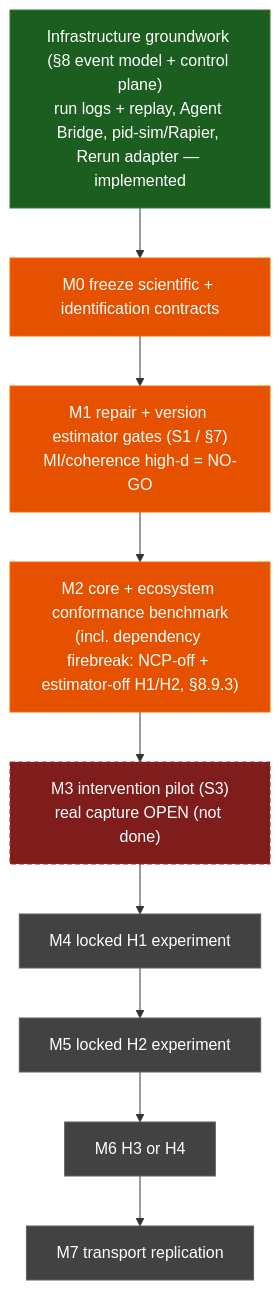
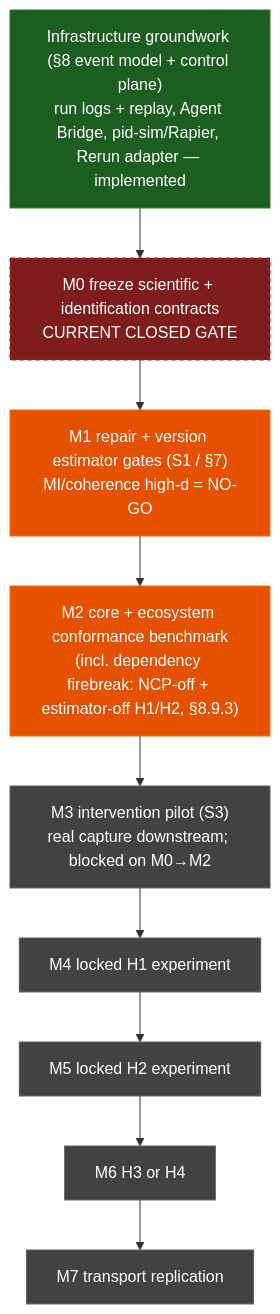
The third of 18 diagrams in DIAGRAMS.md (sepahead/prisoma), drawn with Mermaid before and after one commit. The commit also changed other lines of this file and 23 other files, not shown here.

````diff
--- a/DIAGRAMS.md
+++ b/DIAGRAMS.md
@@ -106,20 +106,20 @@
 ```mermaid
 flowchart TD
     classDef done fill:#1b5e20,stroke:#2e7d32,color:#fff;
     classDef partial fill:#e65100,stroke:#ef6c00,color:#fff;
     classDef active fill:#7f1d1d,stroke:#b71c1c,color:#fff,stroke-dasharray:5 3;
     classDef spec fill:#424242,stroke:#616161,color:#fff;
 
     Infra["Infrastructure groundwork (§8 event model + control plane)<br/>run logs + replay, Agent Bridge, pid-sim/Rapier, Rerun adapter — implemented"]:::done
 
-    M0["M0 freeze scientific + identification contracts"]:::partial
+    M0["M0 freeze scientific + identification contracts<br/>CURRENT CLOSED GATE"]:::active
     M1["M1 repair + version estimator gates (S1 / §7)<br/>MI/coherence high-d = NO-GO"]:::partial
     M2["M2 core + ecosystem conformance benchmark<br/>(incl. dependency firebreak: NCP-off + estimator-off H1/H2, §8.9.3)"]:::partial
-    M3["M3 intervention pilot (S3)<br/>real capture OPEN (not done)"]:::active
+    M3["M3 intervention pilot (S3)<br/>real capture downstream; blocked on M0→M2"]:::spec
     M4["M4 locked H1 experiment"]:::spec
     M5["M5 locked H2 experiment"]:::spec
     M6["M6 H3 or H4"]:::spec
     M7["M7 transport replication"]:::spec
 
     Infra --> M0 --> M1 --> M2 --> M3 --> M4 --> M5 --> M6 --> M7
 ```
````
